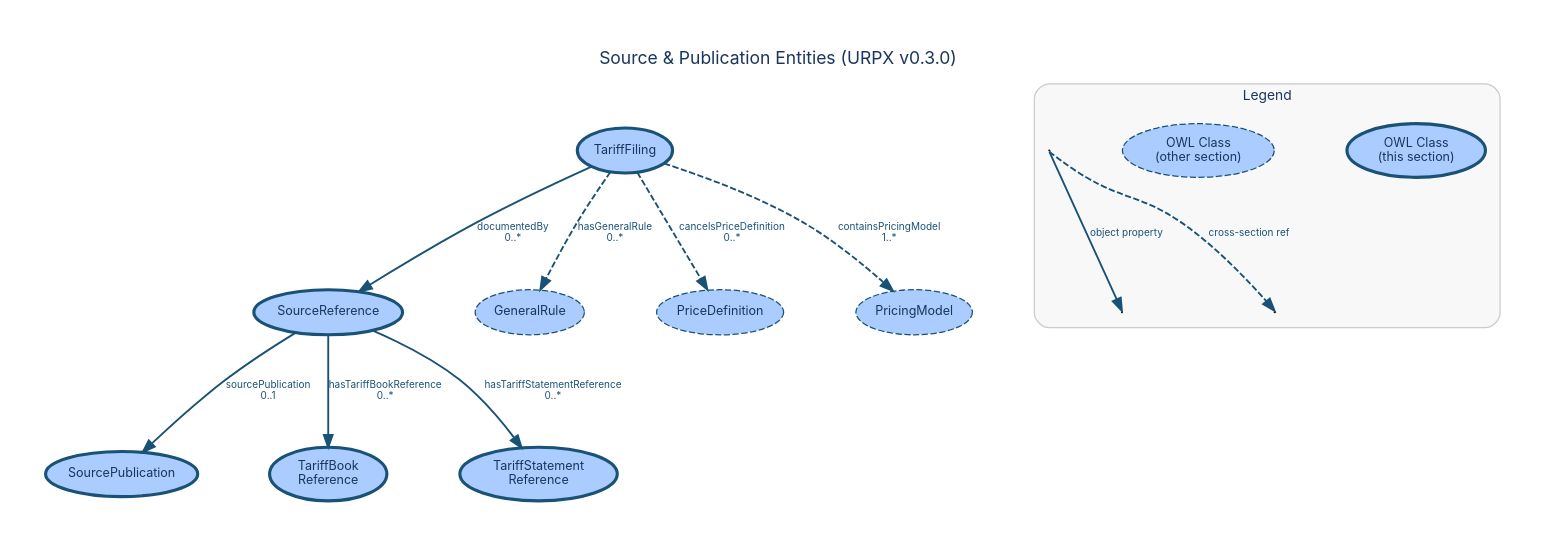
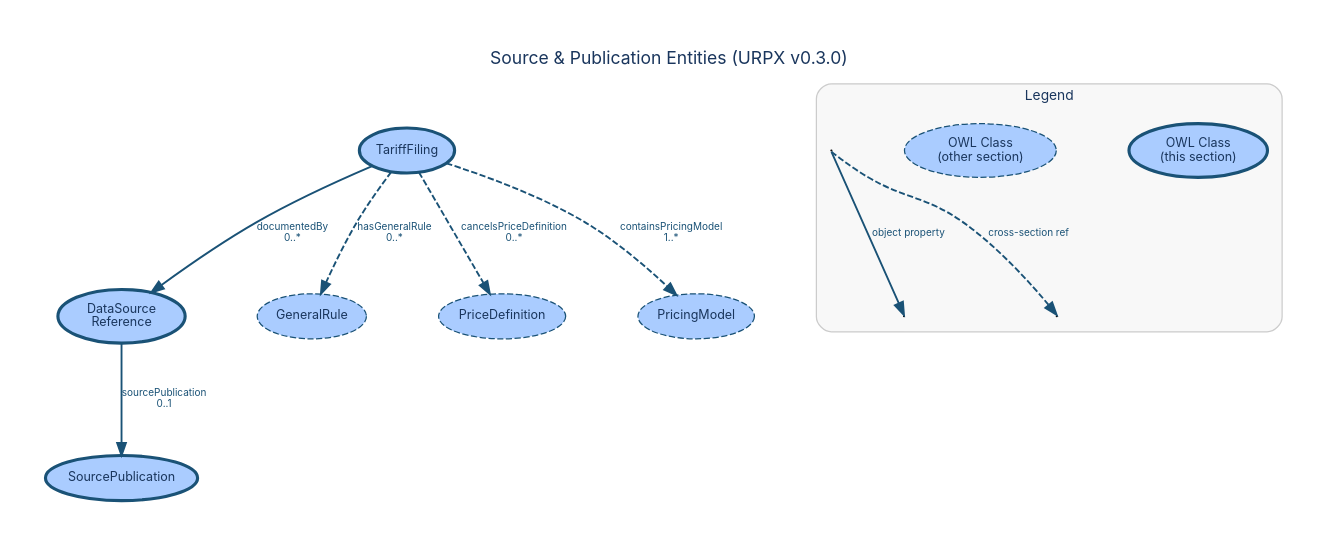
Before and after one commit to urpx-org/urpx: the diagram in documentation/diagrams/dictionary/source-publication-entities.dot, drawn with Graphviz. The commit also changed 18 other files, not shown here.

```diff
--- a/documentation/diagrams/dictionary/source-publication-entities.dot
+++ b/documentation/diagrams/dictionary/source-publication-entities.dot
@@ -1,93 +1,79 @@
 digraph "Source & Publication Entities" {
     rankdir=TB;
     bgcolor="white";
     pad=0.4;
     nodesep=0.8;
     ranksep=1.0;
     start=42;
     fontname="Inter, Helvetica, Arial, sans-serif";
     label="Source & Publication Entities (URPX v0.3.0)";
     labelloc="t";
     fontsize=14;
     fontcolor="#1a365d";
     node [fontname="Inter, Helvetica, Arial, sans-serif", fontsize=10, style=filled, fontcolor="#1a365d"];
     edge [fontname="Inter, Helvetica, Arial, sans-serif", fontsize=8, fontcolor="#1a365d"];
 
     // Section classes
     SourcePublication [
         label="SourcePublication"
         shape=ellipse, fillcolor="#aaccff", color="#1a5276", penwidth=2.5
     ];
     TariffFiling [
         label="TariffFiling"
         shape=ellipse, fillcolor="#aaccff", color="#1a5276", penwidth=2.5
     ];
-    SourceReference [
-        label="SourceReference"
-        shape=ellipse, fillcolor="#aaccff", color="#1a5276", penwidth=2.5
-    ];
-    TariffBookReference [
-        label="TariffBook\nReference"
-        shape=ellipse, fillcolor="#aaccff", color="#1a5276", penwidth=2.5
-    ];
-    TariffStatementReference [
-        label="TariffStatement\nReference"
+    DataSourceReference [
+        label="DataSource\nReference"
         shape=ellipse, fillcolor="#aaccff", color="#1a5276", penwidth=2.5
     ];
 
     // Cross-section references
     GeneralRule [
         label="GeneralRule"
         shape=ellipse, fillcolor="#aaccff", color="#1a5276", penwidth=1, style="filled,dashed"
     ];
     PriceDefinition [
         label="PriceDefinition"
         shape=ellipse, fillcolor="#aaccff", color="#1a5276", penwidth=1, style="filled,dashed"
     ];
     PricingModel [
         label="PricingModel"
         shape=ellipse, fillcolor="#aaccff", color="#1a5276", penwidth=1, style="filled,dashed"
     ];
 
     // Object property edges
     TariffFiling -> PriceDefinition [
         label="cancelsPriceDefinition\n0..*", style=dashed, color="#1a5276", fontcolor="#1a5276", penwidth=1.5
     ];
     TariffFiling -> PricingModel [
         label="containsPricingModel\n1..*", style=dashed, color="#1a5276", fontcolor="#1a5276", penwidth=1.5
     ];
-    TariffFiling -> SourceReference [
+    TariffFiling -> DataSourceReference [
         label="documentedBy\n0..*", color="#1a5276", fontcolor="#1a5276", penwidth=1.5
     ];
     TariffFiling -> GeneralRule [
         label="hasGeneralRule\n0..*", style=dashed, color="#1a5276", fontcolor="#1a5276", penwidth=1.5
     ];
-    SourceReference -> TariffBookReference [
-        label="hasTariffBookReference\n0..*", color="#1a5276", fontcolor="#1a5276", penwidth=1.5
-    ];
-    SourceReference -> TariffStatementReference [
-        label="hasTariffStatementReference\n0..*", color="#1a5276", fontcolor="#1a5276", penwidth=1.5
-    ];
-    SourceReference -> SourcePublication [
+    DataSourceReference -> SourcePublication [
         label="sourcePublication\n0..1", color="#1a5276", fontcolor="#1a5276", penwidth=1.5
     ];
 
     subgraph cluster_legend {
         label="Legend";
         fontname="Inter, Helvetica, Arial, sans-serif";
         fontsize=11;
         fontcolor="#1a365d";
         style=rounded;
         color="#cccccc";
         bgcolor="#f8f8f8";
         margin=12;
 
         leg_class [label="OWL Class\n(this section)", shape=ellipse, fillcolor="#aaccff", color="#1a5276", penwidth=2.5];
         leg_xref [label="OWL Class\n(other section)", shape=ellipse, fillcolor="#aaccff", color="#1a5276", penwidth=1, style="filled,dashed"];
         leg_src [label=" ", shape=point, width=0.01];
         leg_tgt1 [label=" ", shape=point, width=0.01];
         leg_src -> leg_tgt1 [label="object property", color="#1a5276", fontcolor="#1a5276", penwidth=1.5];
         leg_tgt2 [label=" ", shape=point, width=0.01];
         leg_src -> leg_tgt2 [label="cross-section ref", style=dashed, color="#1a5276", fontcolor="#1a5276", penwidth=1.5];
     }
 }
```
